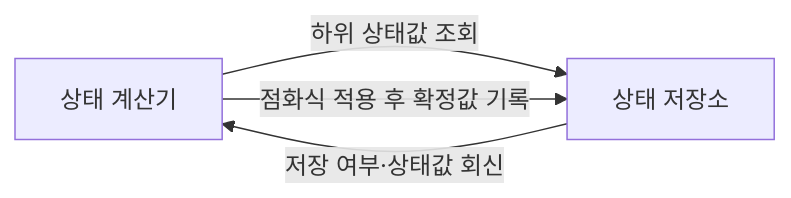
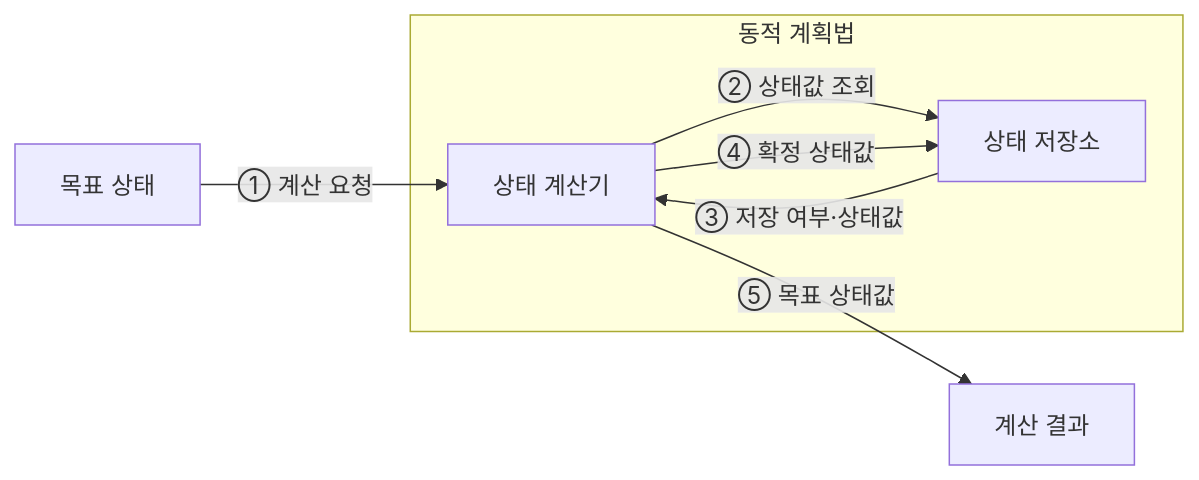
Before and after one commit to agnusdei1207/knowledge-base: the diagram in src/content/docs/notes/01-basic-theory/013_dynamic_programming.md, drawn with Mermaid. The commit also changed other lines of this file and 6 other files, not shown here.

````diff
--- a/src/content/docs/notes/01-basic-theory/013_dynamic_programming.md
+++ b/src/content/docs/notes/01-basic-theory/013_dynamic_programming.md
@@ -62,6 +62,10 @@
 ```mermaid
 flowchart LR
-    P[상태 계산기] -->|하위 상태값 조회| M[상태 저장소]
-    P -->|점화식 적용 후 확정값 기록| M
-    M -->|저장 여부·상태값 회신| P
+    Q[목표 상태] -->|① 계산 요청| P
+    subgraph DP[동적 계획법]
+        P[상태 계산기] -->|② 상태값 조회| M[상태 저장소]
+        M -->|③ 저장 여부·상태값| P
+        P -->|④ 확정 상태값| M
+    end
+    P -->|⑤ 목표 상태값| O[계산 결과]
 ```
````
